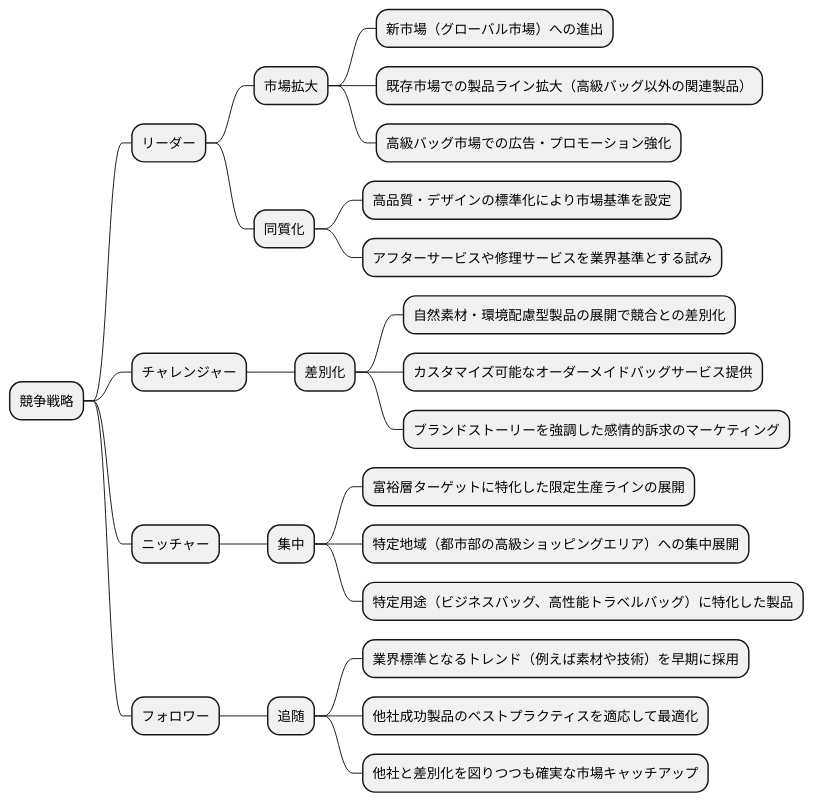
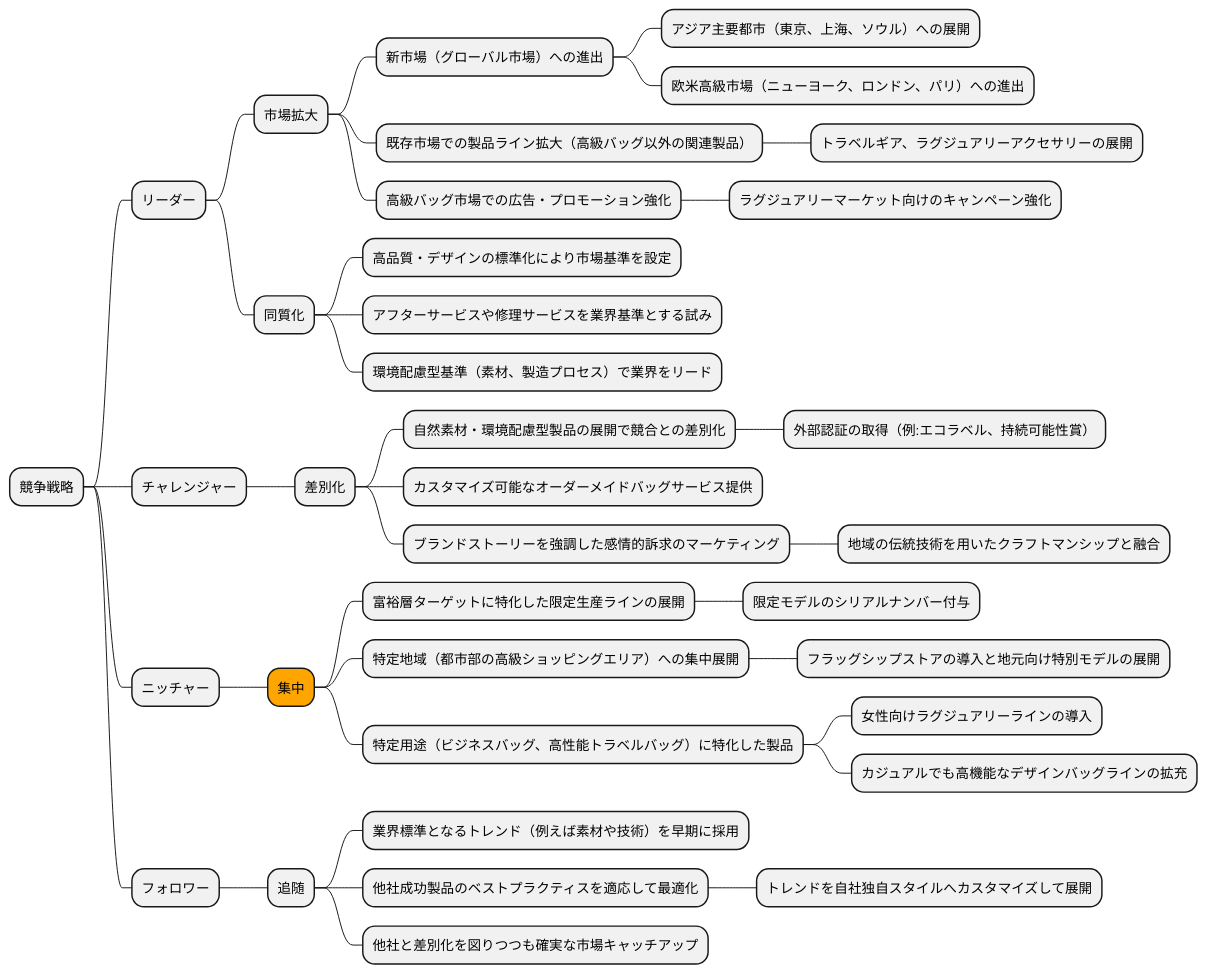
The ninth of 19 diagrams in docs/case/r03_case_3.adoc (k2works/case-study-business-analysis), drawn with PlantUML before and after one commit. The commit also changed other lines of this file, not shown here.

```diff
--- a/docs/case/r03_case_3.adoc
+++ b/docs/case/r03_case_3.adoc
@@ -352,31 +446,43 @@
 [plantuml]
 ----
 @startmindmap
 
 * 競争戦略
 ** リーダー
 *** 市場拡大
 **** 新市場（グローバル市場）への進出
+***** アジア主要都市（東京、上海、ソウル）への展開
+***** 欧米高級市場（ニューヨーク、ロンドン、パリ）への進出
 **** 既存市場での製品ライン拡大（高級バッグ以外の関連製品）
+***** トラベルギア、ラグジュアリーアクセサリーの展開
 **** 高級バッグ市場での広告・プロモーション強化
+***** ラグジュアリーマーケット向けのキャンペーン強化
 *** 同質化
 **** 高品質・デザインの標準化により市場基準を設定
 **** アフターサービスや修理サービスを業界基準とする試み
+**** 環境配慮型基準（素材、製造プロセス）で業界をリード
 ** チャレンジャー
 *** 差別化
 **** 自然素材・環境配慮型製品の展開で競合との差別化
+***** 外部認証の取得（例:エコラベル、持続可能性賞）
 **** カスタマイズ可能なオーダーメイドバッグサービス提供
 **** ブランドストーリーを強調した感情的訴求のマーケティング
+***** 地域の伝統技術を用いたクラフトマンシップと融合
 ** ニッチャー
-*** 集中
+***[#orange] 集中
 **** 富裕層ターゲットに特化した限定生産ラインの展開
+***** 限定モデルのシリアルナンバー付与
 **** 特定地域（都市部の高級ショッピングエリア）への集中展開
+***** フラッグシップストアの導入と地元向け特別モデルの展開
 **** 特定用途（ビジネスバッグ、高性能トラベルバッグ）に特化した製品
+***** 女性向けラグジュアリーラインの導入
+***** カジュアルでも高機能なデザインバッグラインの拡充
 ** フォロワー
 *** 追随
 **** 業界標準となるトレンド（例えば素材や技術）を早期に採用
 **** 他社成功製品のベストプラクティスを適応して最適化
+***** トレンドを自社独自スタイルへカスタマイズして展開
 **** 他社と差別化を図りつつも確実な市場キャッチアップ
 
 @endmindmap
 ----
```
